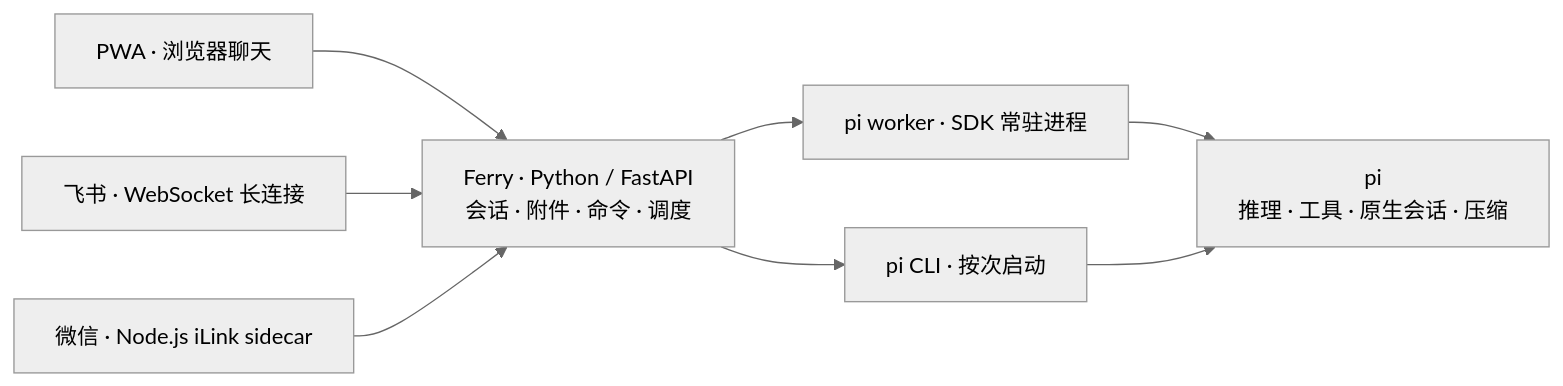
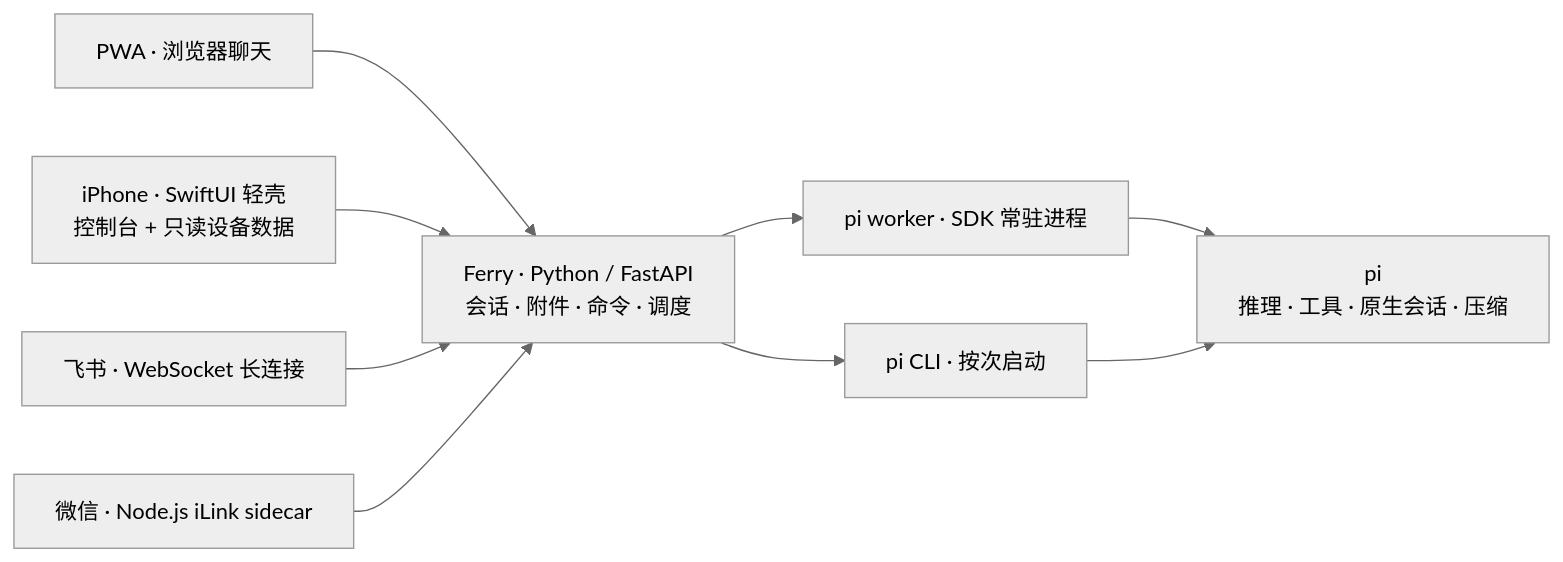
One commit to felixzhang-glitch/Ferry changed the diagram in README.md. Above: the diagram before and after it, drawn with Mermaid (neutral theme). The commit also changed other lines of this file and 43 other files, not shown here.

````diff
--- a/README.md
+++ b/README.md
@@ -13,11 +13,12 @@
 ```mermaid
 flowchart LR
     PWA["PWA · 浏览器聊天"] --> F
+    IOS["iPhone · SwiftUI 轻壳<br/>控制台 + 只读设备数据"] --> F
     FS["飞书 · WebSocket 长连接"] --> F
     WX["微信 · Node.js iLink sidecar"] --> F
     F["Ferry · Python / FastAPI<br/>会话 · 附件 · 命令 · 调度"] --> W
     F --> C
     W["pi worker · SDK 常驻进程"] --> PI
     C["pi CLI · 按次启动"] --> PI
     PI["pi<br/>推理 · 工具 · 原生会话 · 压缩"]
 ```
````
